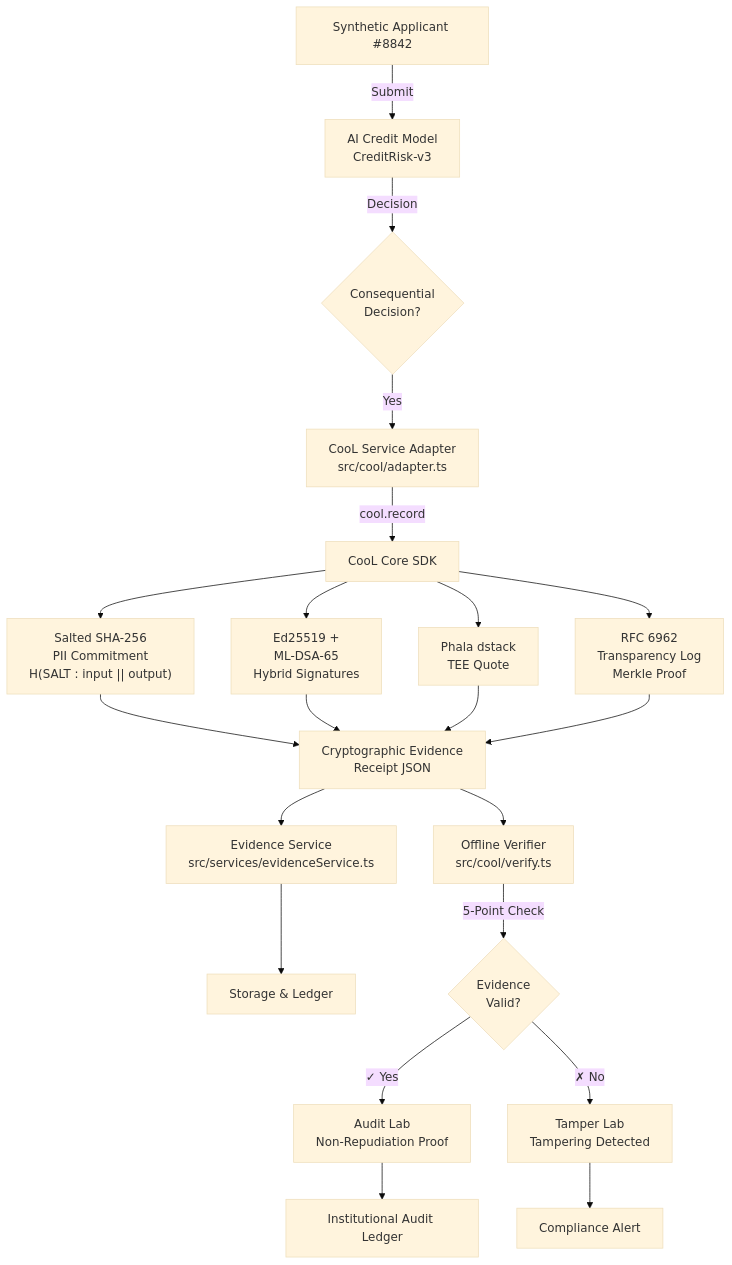
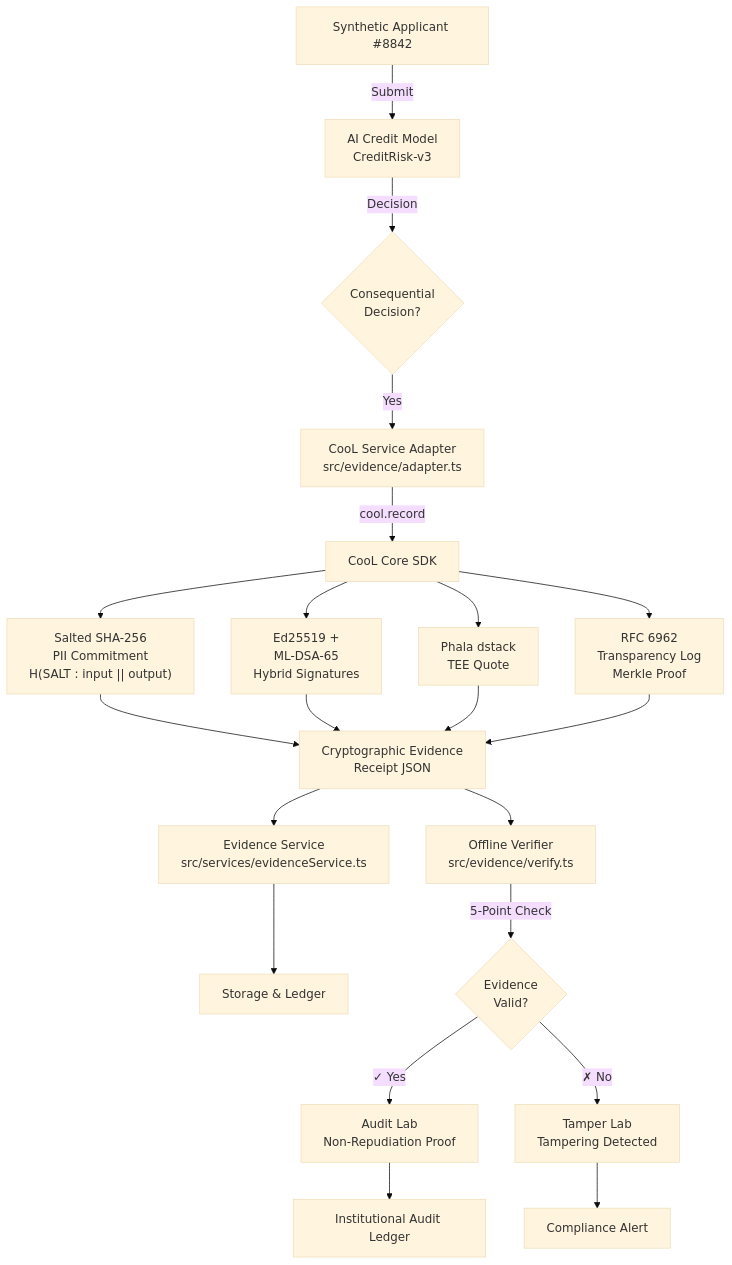
One commit to aadi-learner77/Reverse-Hackathon changed the diagram in README.md. Above: the diagram before and after it, drawn with Mermaid (base theme). The commit also changed other lines of this file and 24 other files, not shown here.

````diff
--- a/README.md
+++ b/README.md
@@ -406,20 +397,20 @@
 ```mermaid
 graph TD
     A[Synthetic Applicant #8842] -->|Submit| B[AI Credit Model<br/>CreditRisk-v3]
     B -->|Decision| C{Consequential<br/>Decision?}
-    C -->|Yes| D[CooL Service Adapter<br/>src/cool/adapter.ts]
+    C -->|Yes| D[CooL Service Adapter<br/>src/evidence/adapter.ts]
     D -->|cool.record| E[CooL Core SDK]
     E --> F["Salted SHA-256<br/>PII Commitment<br/>H(SALT : input || output)"]
     E --> G[Ed25519 +<br/>ML-DSA-65<br/>Hybrid Signatures]
     E --> H[Phala dstack<br/>TEE Quote]
     E --> I[RFC 6962<br/>Transparency Log<br/>Merkle Proof]
     F & G & H & I --> J[Cryptographic Evidence<br/>Receipt JSON]
     J --> K[Evidence Service<br/>src/services/evidenceService.ts]
     K --> L[Storage & Ledger]
-    J --> M[Offline Verifier<br/>src/cool/verify.ts]
+    J --> M[Offline Verifier<br/>src/evidence/verify.ts]
     M -->|5-Point Check| N{Evidence<br/>Valid?}
     N -->|✓ Yes| O[Audit Lab<br/>Non-Repudiation Proof]
     N -->|✗ No| P[Tamper Lab<br/>Tampering Detected]
     O --> Q[Institutional Audit Ledger]
     P --> R[Compliance Alert]
 ```
````
